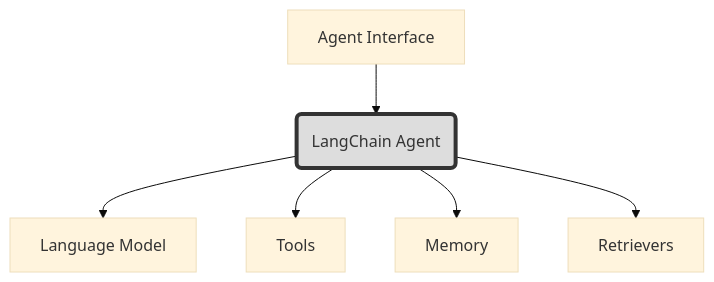
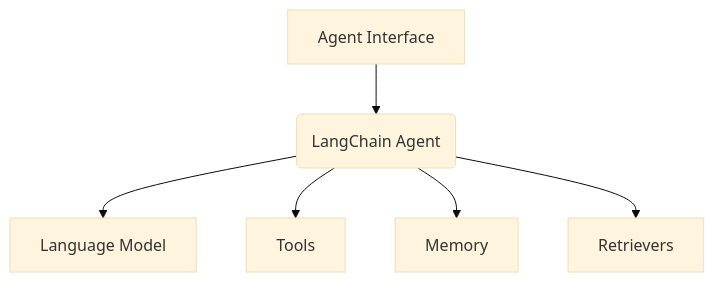
One commit to mgorav/ConversationalAIAssistant changed the first of 5 diagrams in readme.md. Above: the diagram before and after it, drawn with Mermaid (base theme).

Commit message:
further research

````diff
--- a/readme.md
+++ b/readme.md
@@ -60,11 +60,9 @@
 ```mermaid 
 graph TB;
     A[Agent Interface] --> B(LangChain Agent);
     B --> C[Language Model];
     B --> D[Tools];
     B --> E[Memory];
     B --> F[Retrievers];
     
-    classDef grey fill:#ddd,stroke:#333,stroke-width:4px;
-    class B grey; 
 ```
````
